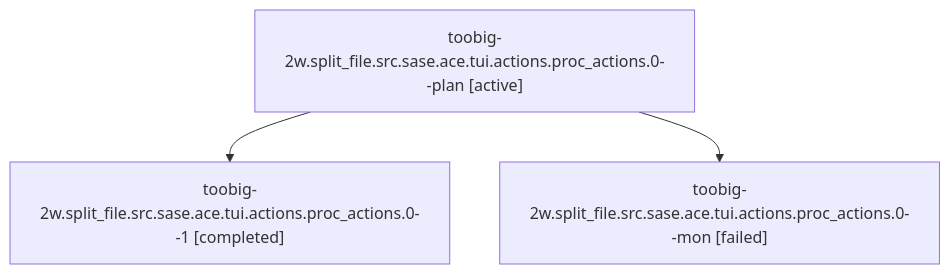
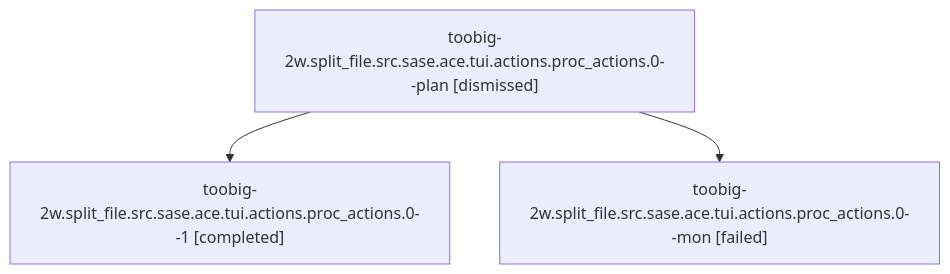
The diagram in sessions/bbugyi200.athena.toobig-2w.split_file.src.sase.ace.tui.actions.proc_actions.0.md (sase-org/sase--agents), drawn with Mermaid before and after one commit. The commit also changed other lines of this file and 81 other files, not shown here.

````diff
--- a/sessions/bbugyi200.athena.toobig-2w.split_file.src.sase.ace.tui.actions.proc_actions.0.md
+++ b/sessions/bbugyi200.athena.toobig-2w.split_file.src.sase.ace.tui.actions.proc_actions.0.md
@@ -9,8 +9,8 @@
 ```mermaid
 flowchart TD
-  n0["toobig-2w.split_file.src.sase.ace.tui.actions.proc_actions.0--plan [active]"]
+  n0["toobig-2w.split_file.src.sase.ace.tui.actions.proc_actions.0--plan [dismissed]"]
   n1["toobig-2w.split_file.src.sase.ace.tui.actions.proc_actions.0--1 [completed]"]
   n0 --> n1
   n2["toobig-2w.split_file.src.sase.ace.tui.actions.proc_actions.0--mon [failed]"]
   n0 --> n2
 ```
````
